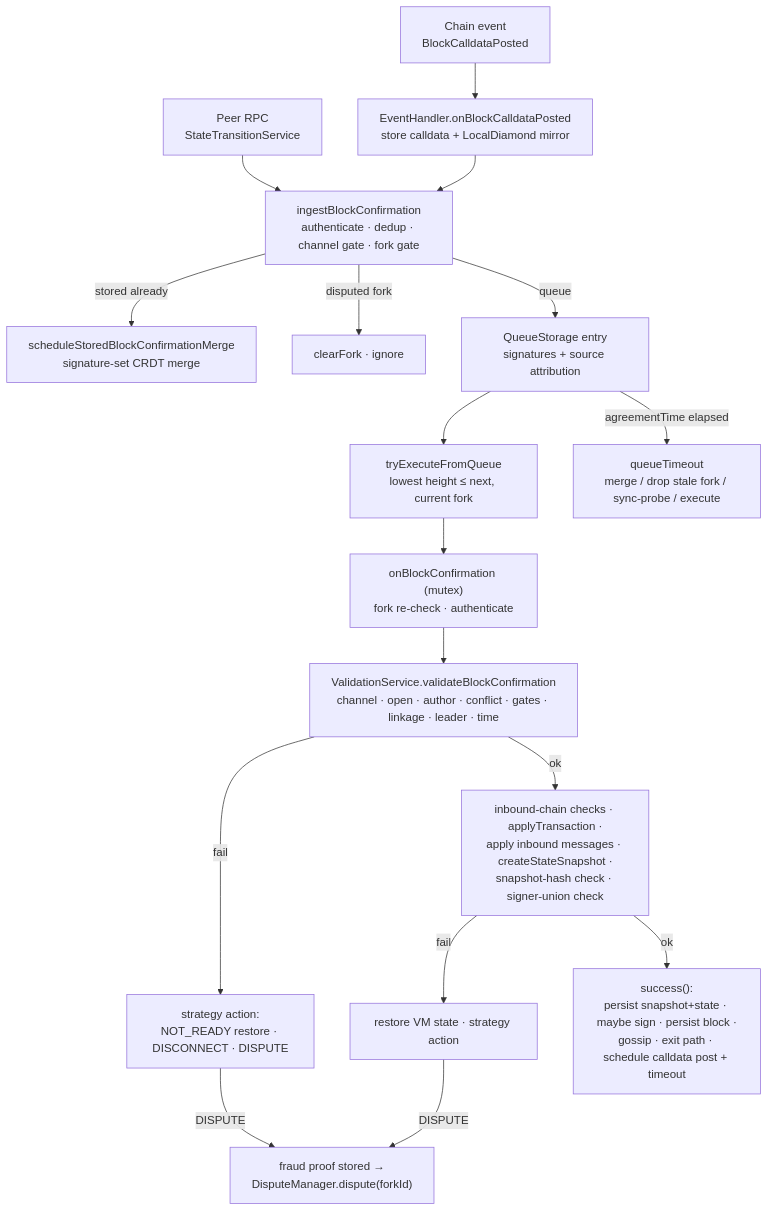
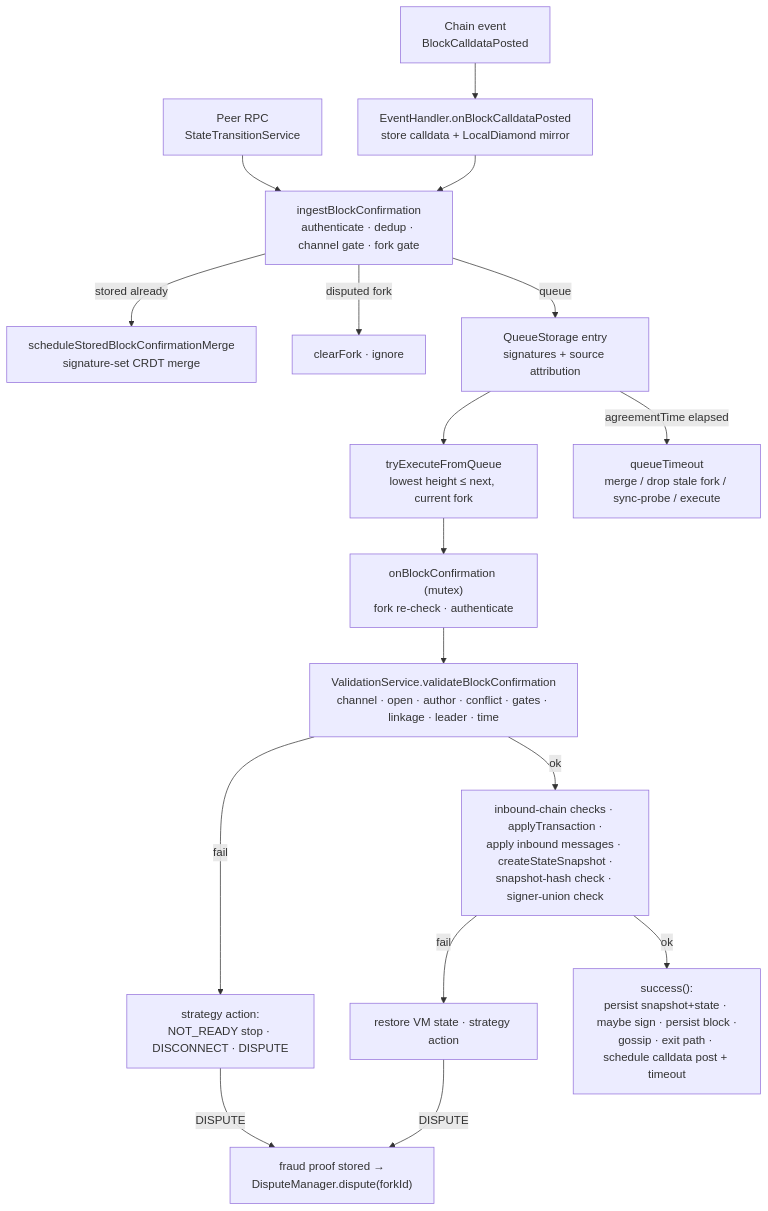
One commit to peer3to/state-channels-plus changed the diagram in docs/spec/implementation/views/architecture/sdk/block-confirmation-pipeline.md. Above: the diagram before and after it, drawn with Mermaid. The commit also changed other lines of this file and 75 other files, not shown here.

````diff
--- a/docs/spec/implementation/views/architecture/sdk/block-confirmation-pipeline.md
+++ b/docs/spec/implementation/views/architecture/sdk/block-confirmation-pipeline.md
@@ -79,19 +79,19 @@
 ```mermaid
 flowchart TB
     PEER["Peer RPC<br/>StateTransitionService"] --> INGEST
     CHAIN["Chain event<br/>BlockCalldataPosted"] --> EH["EventHandler.onBlockCalldataPosted<br/>store calldata + LocalDiamond mirror"] --> INGEST
     INGEST["ingestBlockConfirmation<br/>authenticate · dedup · channel gate · fork gate"]
     INGEST -->|"stored already"| MERGE["scheduleStoredBlockConfirmationMerge<br/>signature-set CRDT merge"]
     INGEST -->|"disputed fork"| DROP1["clearFork · ignore"]
     INGEST -->|"queue"| Q["QueueStorage entry<br/>signatures + source attribution"]
     Q --> EXEC["tryExecuteFromQueue<br/>lowest height ≤ next, current fork"]
     Q -->|"agreementTime elapsed"| TIMEOUT["queueTimeout<br/>merge / drop stale fork / sync-probe / execute"]
     EXEC --> OBC["onBlockConfirmation (mutex)<br/>fork re-check · authenticate"]
     OBC --> VAL["ValidationService.validateBlockConfirmation<br/>channel · open · author · conflict · gates · linkage · leader · time"]
-    VAL -->|fail| ACT["strategy action:<br/>NOT_READY restore · DISCONNECT · DISPUTE"]
+    VAL -->|fail| ACT["strategy action:<br/>NOT_READY stop · DISCONNECT · DISPUTE"]
     VAL -->|ok| SMX["inbound-chain checks · applyTransaction ·<br/>apply inbound messages · createStateSnapshot ·<br/>snapshot-hash check · signer-union check"]
     SMX -->|fail| RESTORE["restore VM state · strategy action"]
     SMX -->|ok| SUCC["success():<br/>persist snapshot+state · maybe sign · persist block ·<br/>gossip · exit path · schedule calldata post + timeout"]
     ACT -->|DISPUTE| DVP["fraud proof stored →<br/>DisputeManager.dispute(forkId)"]
     RESTORE -->|DISPUTE| DVP
 ```
````
